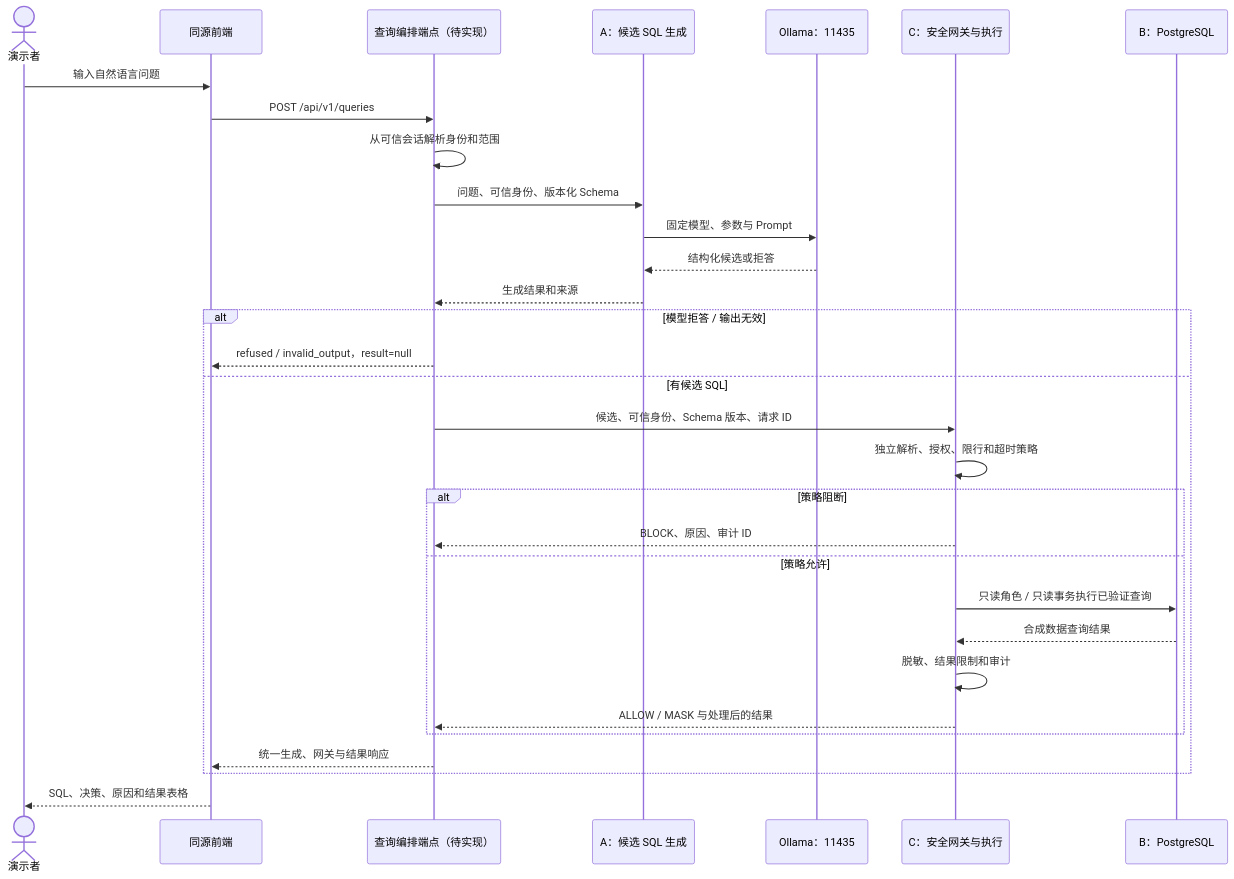
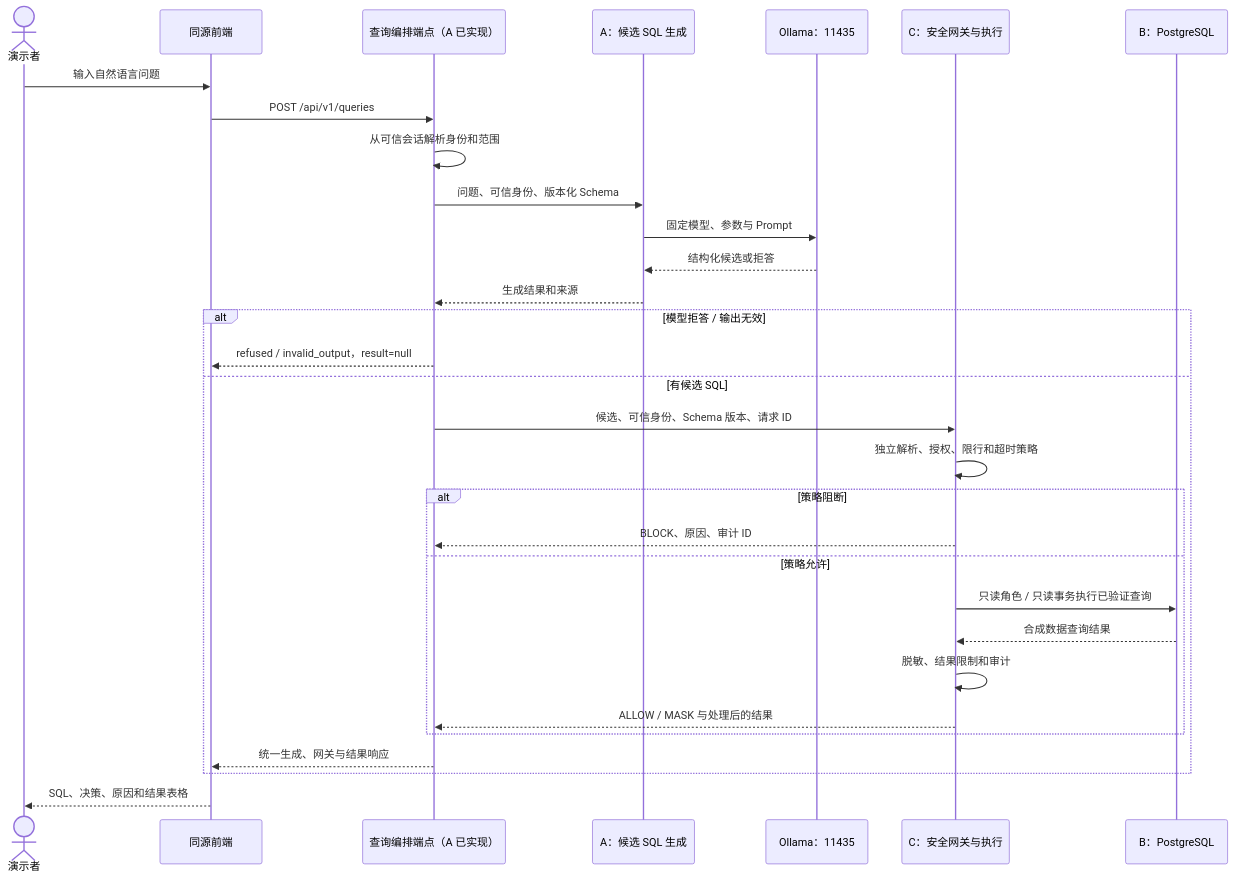
Before and after one commit to chartte02/secure-query-ai: the diagram in docs/integration.md, drawn with Mermaid. The commit also changed other lines of this file and 30 other files, not shown here.

````diff
--- a/docs/integration.md
+++ b/docs/integration.md
@@ -36,34 +37,34 @@
 ```mermaid
 sequenceDiagram
     actor User as 演示者
     participant UI as 同源前端
-    participant API as 查询编排端点（待实现）
+    participant API as 查询编排端点（A 已实现）
     participant A as A：候选 SQL 生成
     participant LLM as Ollama：11435
     participant C as C：安全网关与执行
     participant DB as B：PostgreSQL
 
     User->>UI: 输入自然语言问题
     UI->>API: POST /api/v1/queries
     API->>API: 从可信会话解析身份和范围
     API->>A: 问题、可信身份、版本化 Schema
     A->>LLM: 固定模型、参数与 Prompt
     LLM-->>A: 结构化候选或拒答
     A-->>API: 生成结果和来源
     alt 模型拒答 / 输出无效
         API-->>UI: refused / invalid_output，result=null
     else 有候选 SQL
         API->>C: 候选、可信身份、Schema 版本、请求 ID
         C->>C: 独立解析、授权、限行和超时策略
         alt 策略阻断
             C-->>API: BLOCK、原因、审计 ID
         else 策略允许
             C->>DB: 只读角色 / 只读事务执行已验证查询
             DB-->>C: 合成数据查询结果
             C->>C: 脱敏、结果限制和审计
             C-->>API: ALLOW / MASK 与处理后的结果
         end
         API-->>UI: 统一生成、网关与结果响应
     end
     UI-->>User: SQL、决策、原因和结果表格
 ```
````
